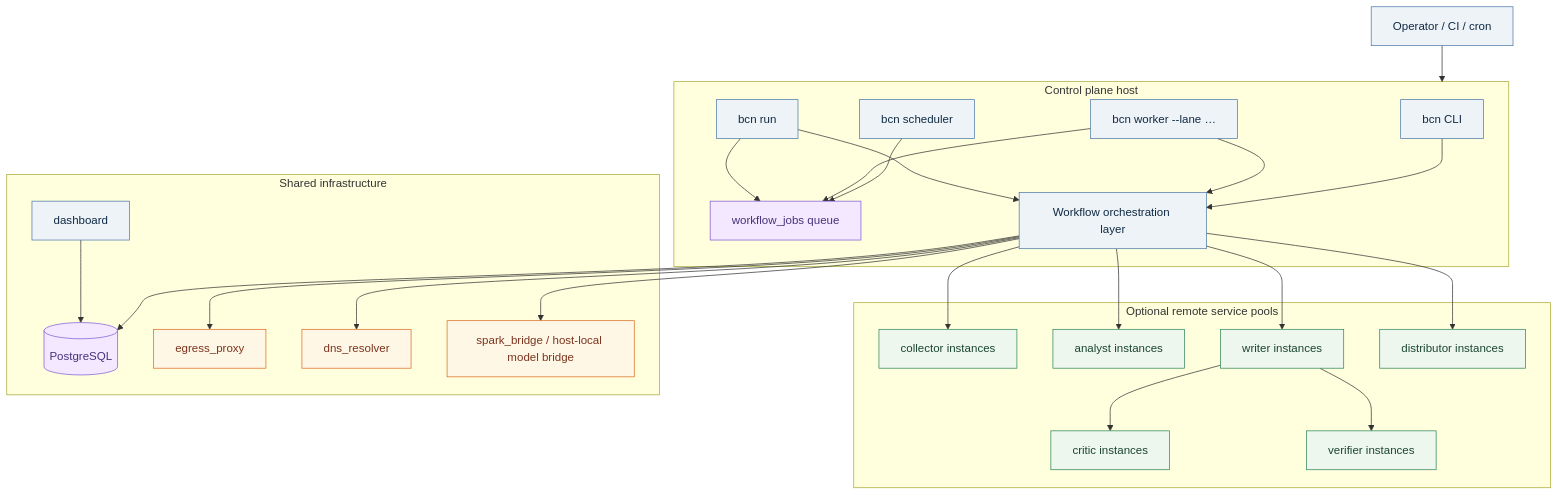
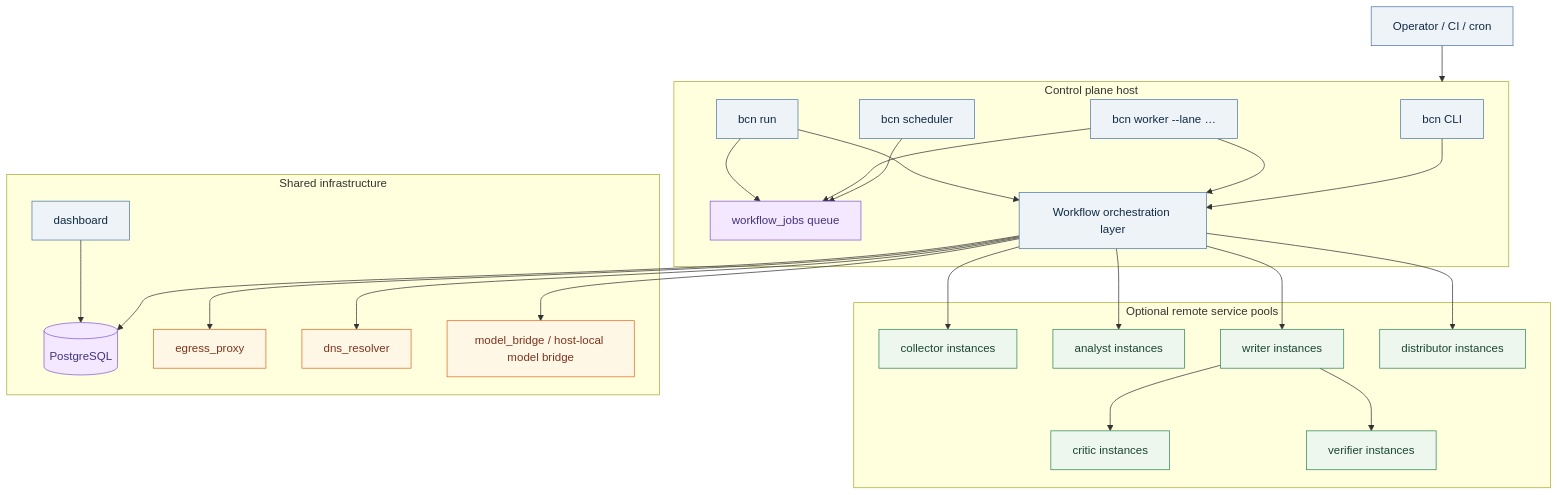
One commit to andreyka/broken-cloud-news changed the second of 3 diagrams in ARCHITECTURE.md. Above: the diagram before and after it, drawn with Mermaid. The commit also changed 13 other files, not shown here.

Commit message:
Refresh setup flow and scrub deployment-specific naming

````diff
--- a/ARCHITECTURE.md
+++ b/ARCHITECTURE.md
@@ -96,54 +96,54 @@
 ```mermaid
 flowchart TB
     classDef node fill:#eef3f8,stroke:#4c78a8,color:#102a43
     classDef svc fill:#edf7ed,stroke:#2f855a,color:#1c4532
     classDef db fill:#f3e8ff,stroke:#805ad5,color:#44337a
     classDef infra fill:#fff7e6,stroke:#dd6b20,color:#7b341e
 
     Operator["Operator / CI / cron"]:::node --> ControlPlane
 
     subgraph ControlPlane["Control plane host"]
         CLI2["bcn CLI"]:::node
         Scheduler["bcn scheduler"]:::node
         Workers["bcn worker --lane …"]:::node
         Daemon["bcn run"]:::node
         Queue["workflow_jobs queue"]:::db
         LocalWorkflow["Workflow orchestration layer"]:::node
         CLI2 --> LocalWorkflow
         Scheduler --> Queue
         Workers --> Queue
         Daemon --> Queue
         Workers --> LocalWorkflow
         Daemon --> LocalWorkflow
     end
 
     subgraph ServicePool["Optional remote service pools"]
         CollectorPool["collector instances"]:::svc
         AnalystPool["analyst instances"]:::svc
         WriterPool["writer instances"]:::svc
         CriticPool["critic instances"]:::svc
         VerifierPool["verifier instances"]:::svc
         DistributorPool["distributor instances"]:::svc
     end
 
     subgraph SharedInfra["Shared infrastructure"]
         PG[("PostgreSQL")]:::db
         Dash["dashboard"]:::node
         Proxy["egress_proxy"]:::infra
         DNS["dns_resolver"]:::infra
-        Bridge["spark_bridge / host-local model bridge"]:::infra
+        Bridge["model_bridge / host-local model bridge"]:::infra
     end
 
     LocalWorkflow --> CollectorPool
     LocalWorkflow --> AnalystPool
     LocalWorkflow --> WriterPool
     LocalWorkflow --> DistributorPool
     WriterPool --> CriticPool
     WriterPool --> VerifierPool
 
     LocalWorkflow --> PG
     Dash --> PG
     LocalWorkflow --> Proxy
     LocalWorkflow --> DNS
     LocalWorkflow --> Bridge
 ```
````
